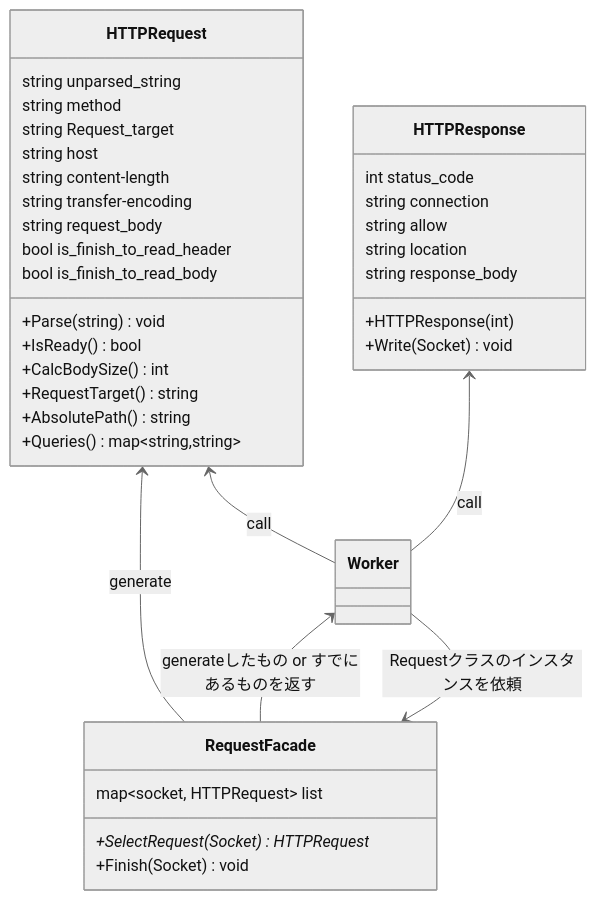
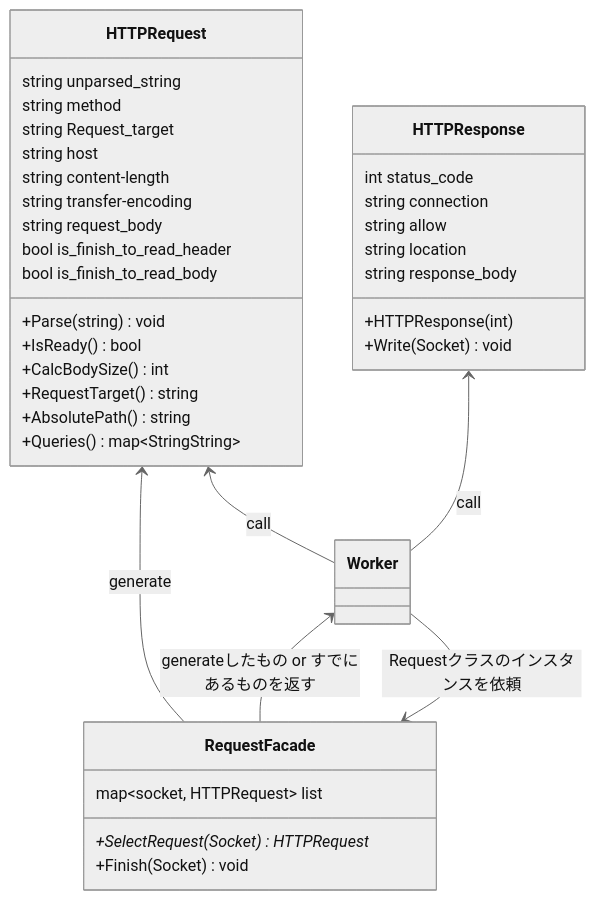
The diagram in docs/class/http_class.md (katataku/webserv), drawn with Mermaid (neutral theme) before and after one commit.

Commit message:
fix/mermaidがカンマに対応してないのでやむなく修正

````diff
--- a/docs/class/http_class.md
+++ b/docs/class/http_class.md
@@ -1,49 +1,49 @@
 ```mermaid
 classDiagram
    class RequestFacade{
         map~socket, HTTPRequest~ list
         +SelectRequest(Socket) HTTPRequest*
         +Finish(Socket) void
     }
 
     %% TODO: CalcBodySize()の詳細を詰める && nginxのmax_body_sizeも確認 %%
     class HTTPRequest{
         string unparsed_string
         string method
         string Request_target
         string host
         string content-length
         string transfer-encoding
         string request_body
         bool is_finish_to_read_header
         bool is_finish_to_read_body
         
         +Parse(string) void
         +IsReady() bool
         +CalcBodySize() int
         +RequestTarget() string
         +AbsolutePath() string
-        +Queries() map~string,string~
+        +Queries() map~StringString~
     }
 
     class HTTPResponse{
         int status_code
         string connection
         string allow
         string location
         string response_body
 
         +HTTPResponse(int)
         +Write(Socket) void
     }
 
 
 HTTPRequest <-- RequestFacade : generate
 
 Worker <-- RequestFacade : generateしたもの or すでにあるものを返す
 Worker --> RequestFacade : Requestクラスのインスタンスを依頼
 
 
 HTTPRequest  <--  Worker :call
 HTTPResponse  <--  Worker :call
 ```
````
